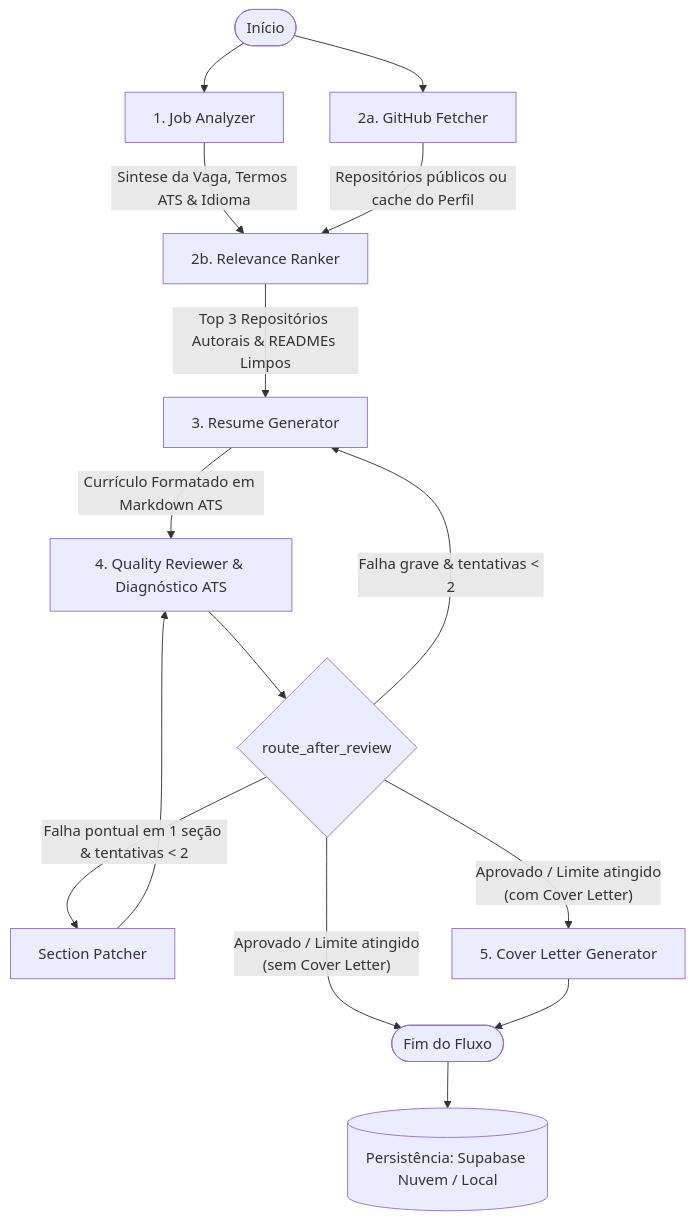
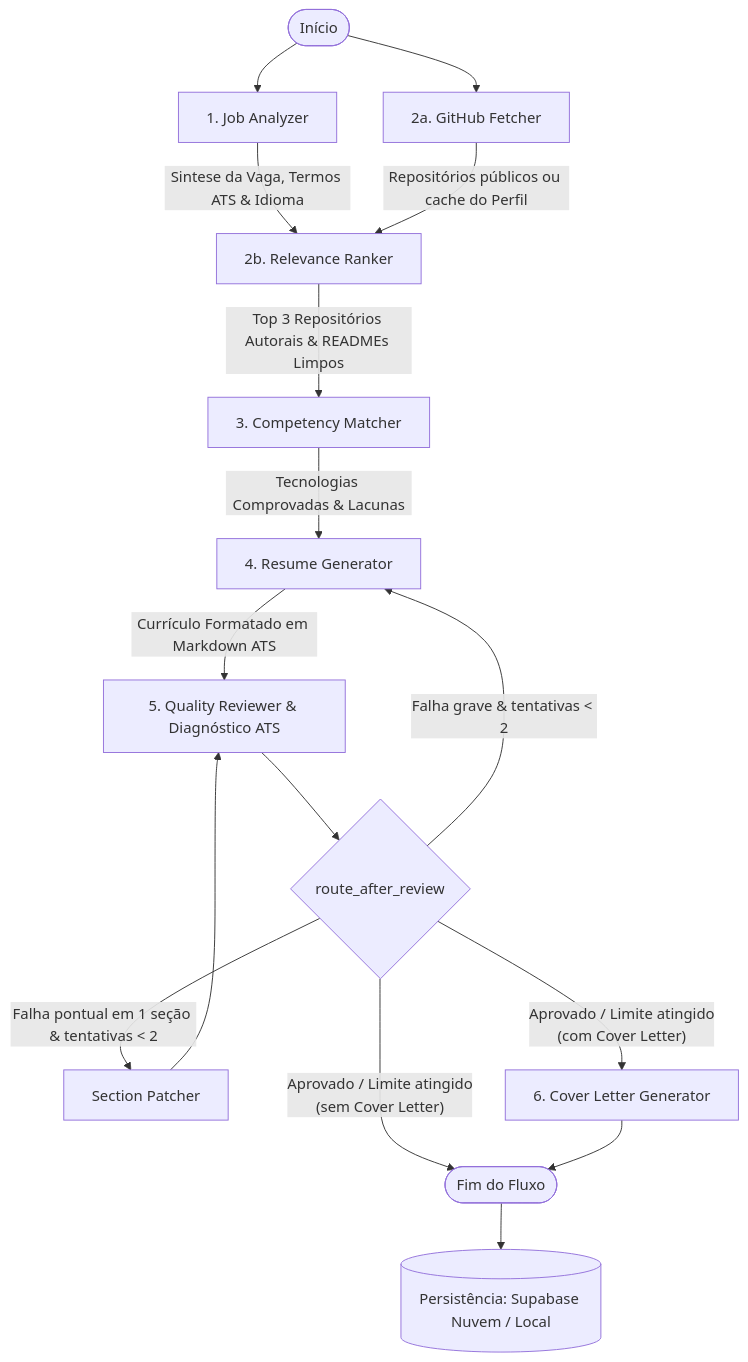
The diagram in README.md (thiagoeu/cv_nitro), drawn with Mermaid before and after one commit. The commit also changed other lines of this file and 15 other files, not shown here.

````diff
--- a/README.md
+++ b/README.md
@@ -85,19 +85,20 @@
 ```mermaid
 flowchart TD
     Start([Início]) --> JA[1. Job Analyzer]
     Start --> GF[2a. GitHub Fetcher]
     JA -->|Sintese da Vaga, Termos ATS & Idioma| RR[2b. Relevance Ranker]
     GF -->|Repositórios públicos ou cache do Perfil| RR
-    RR -->|Top 3 Repositórios Autorais & READMEs Limpos| RG[3. Resume Generator]
-    RG -->|Currículo Formatado em Markdown ATS| QR[4. Quality Reviewer & Diagnóstico ATS]
+    RR -->|Top 3 Repositórios Autorais & READMEs Limpos| CM[3. Competency Matcher]
+    CM -->|Tecnologias Comprovadas & Lacunas| RG[4. Resume Generator]
+    RG -->|Currículo Formatado em Markdown ATS| QR[5. Quality Reviewer & Diagnóstico ATS]
     
     QR --> Route{route_after_review}
     Route -- "Falha pontual em 1 seção & tentativas < 2" --> SP[Section Patcher]
     SP --> QR
     Route -- "Falha grave & tentativas < 2" --> RG
     Route -- "Aprovado / Limite atingido\n(sem Cover Letter)" --> EndFlow([Fim do Fluxo])
-    Route -- "Aprovado / Limite atingido\n(com Cover Letter)" --> CL[5. Cover Letter Generator]
+    Route -- "Aprovado / Limite atingido\n(com Cover Letter)" --> CL[6. Cover Letter Generator]
     CL --> EndFlow
     
     EndFlow --> Storage[(Persistência: Supabase Nuvem / Local)]
 ```
````
